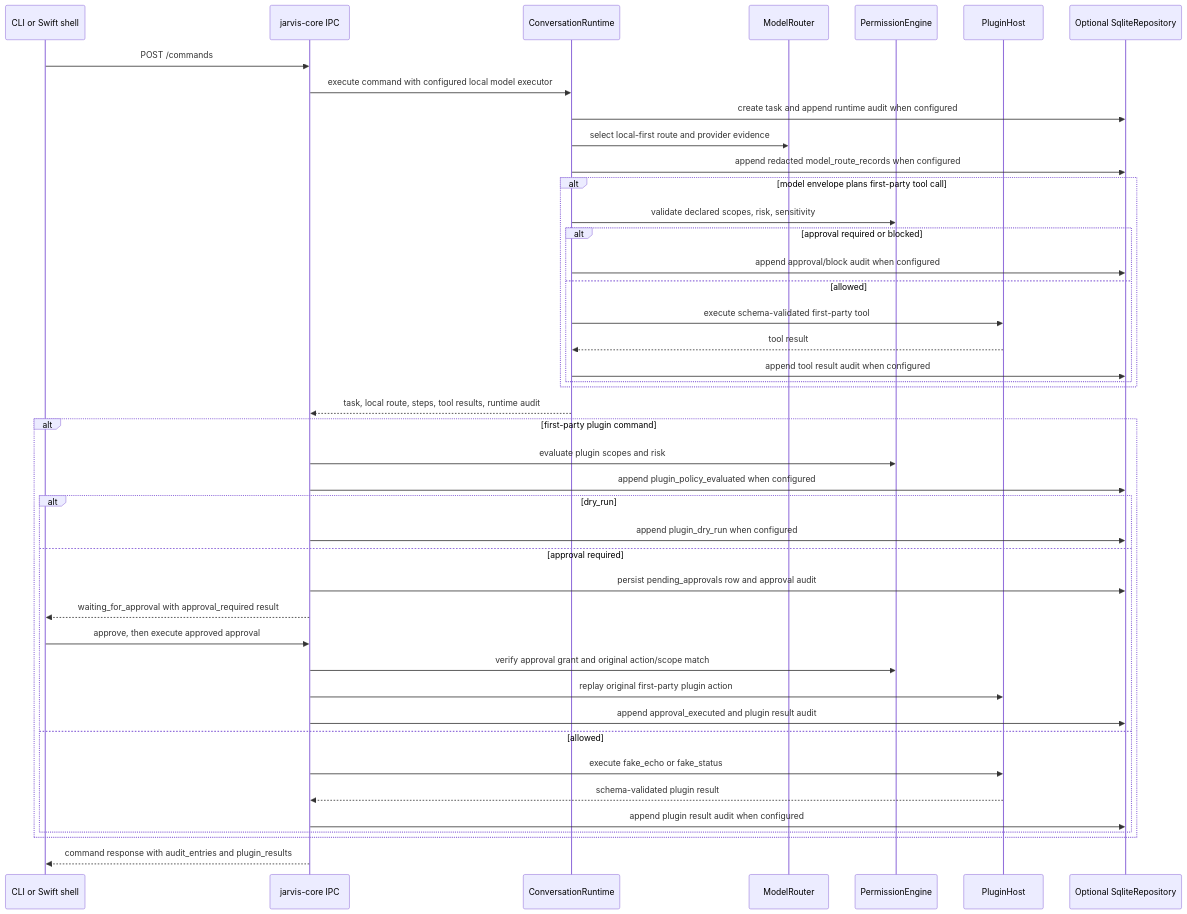
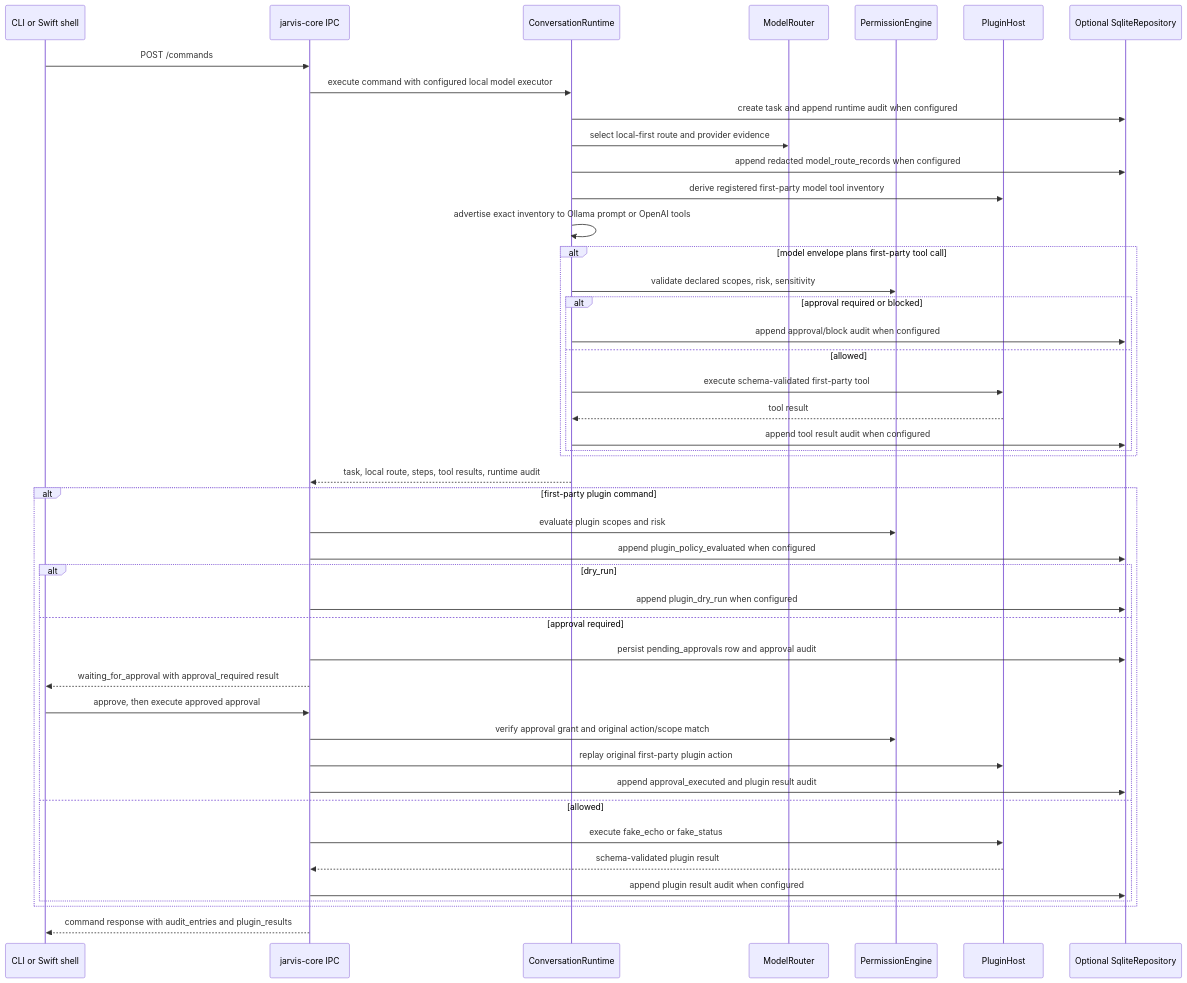
The second of 4 diagrams in docs/architecture-map.md (malak333/Assemblywright), drawn with Mermaid before and after one commit. The commit also changed other lines of this file and 7 other files, not shown here.

Commit message:
Derive provider tool inventory from runtime plugins

````diff
--- a/docs/architecture-map.md
+++ b/docs/architecture-map.md
@@ -368,46 +368,48 @@
 ```mermaid
 sequenceDiagram
     participant Client as CLI or Swift shell
     participant IPC as jarvis-core IPC
     participant Runtime as ConversationRuntime
     participant Router as ModelRouter
     participant Policy as PermissionEngine
     participant Plugins as PluginHost
     participant Store as Optional SqliteRepository
 
     Client->>IPC: POST /commands
     IPC->>Runtime: execute command with configured local model executor
     Runtime->>Store: create task and append runtime audit when configured
     Runtime->>Router: select local-first route and provider evidence
     Runtime->>Store: append redacted model_route_records when configured
+    Runtime->>Plugins: derive registered first-party model tool inventory
+    Runtime->>Runtime: advertise exact inventory to Ollama prompt or OpenAI tools
     alt model envelope plans first-party tool call
         Runtime->>Policy: validate declared scopes, risk, sensitivity
         alt approval required or blocked
             Runtime->>Store: append approval/block audit when configured
         else allowed
             Runtime->>Plugins: execute schema-validated first-party tool
             Plugins-->>Runtime: tool result
             Runtime->>Store: append tool result audit when configured
         end
     end
     Runtime-->>IPC: task, local route, steps, tool results, runtime audit
     alt first-party plugin command
         IPC->>Policy: evaluate plugin scopes and risk
         IPC->>Store: append plugin_policy_evaluated when configured
         alt dry_run
             IPC->>Store: append plugin_dry_run when configured
         else approval required
             IPC->>Store: persist pending_approvals row and approval audit
             IPC-->>Client: waiting_for_approval with approval_required result
             Client->>IPC: approve, then execute approved approval
             IPC->>Policy: verify approval grant and original action/scope match
             IPC->>Plugins: replay original first-party plugin action
             IPC->>Store: append approval_executed and plugin result audit
         else allowed
             IPC->>Plugins: execute fake_echo or fake_status
             Plugins-->>IPC: schema-validated plugin result
             IPC->>Store: append plugin result audit when configured
         end
     end
     IPC-->>Client: command response with audit_entries and plugin_results
 ```
````
